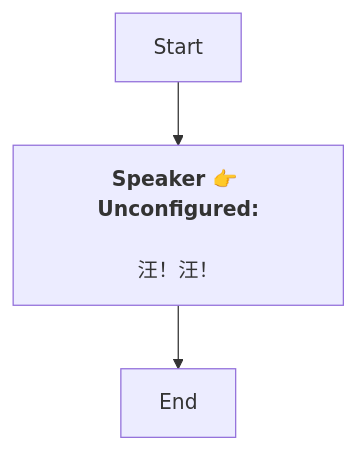
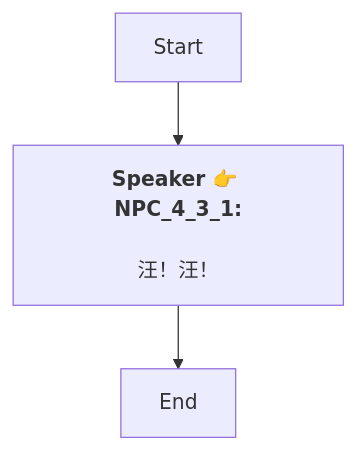
One commit to SoftHu/tos_avg changed the diagram in Zh/QuestApproachDialogNode_1741804659846533.md. Above: the diagram before and after it, drawn with Mermaid. The commit also changed 737 other files, not shown here.

````diff
--- a/Zh/QuestApproachDialogNode_1741804659846533.md
+++ b/Zh/QuestApproachDialogNode_1741804659846533.md
@@ -1,8 +1,7 @@
 ```mermaid
 graph
-Start -->1741804697123208[<b>Speaker 👉 Unconfigured:</b>
-
-汪！汪！]
+Start -->1741804697123208[<b>Speaker 👉 NPC_4_3_1:</b>
+\n汪！汪！]
 1741804697123208 -->1741804712852873[End]
 
- ```
+```
````
